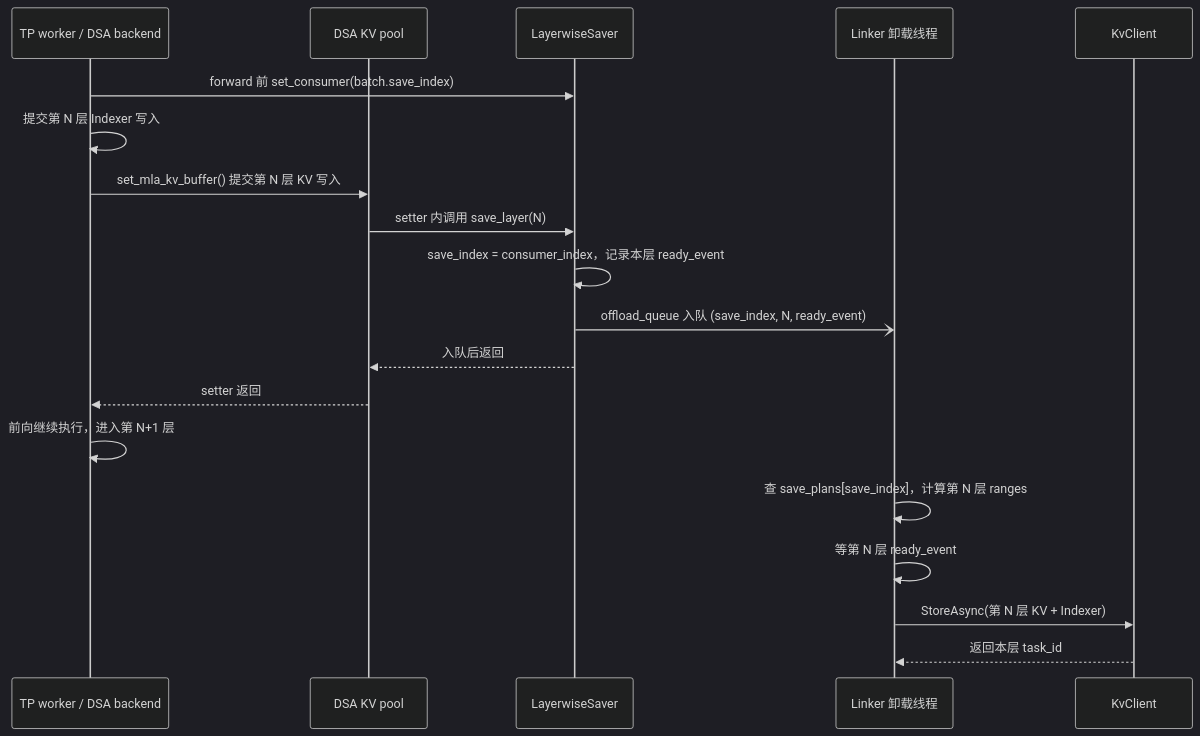
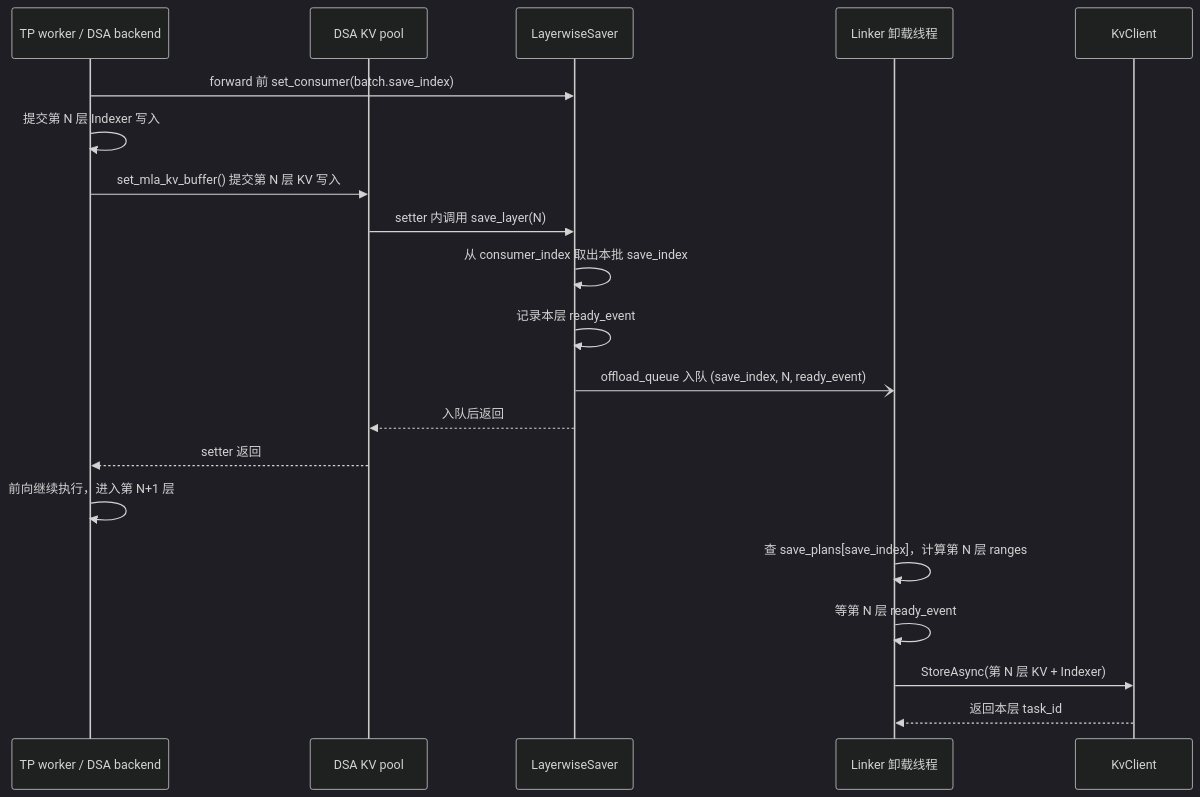
Before and after one commit to yuanzhg078/sglang: diagram 21 of 26 in kv_client_linker_backend_design.md, drawn with Mermaid (dark theme). The commit also changed other lines of this file and 1 other file, not shown here.

````diff
--- a/kv_client_linker_backend_design.md
+++ b/kv_client_linker_backend_design.md
@@ -1274,22 +1285,23 @@
 ```mermaid
 sequenceDiagram
     participant D as TP worker / DSA backend
     participant P as DSA KV pool
     participant S as LayerwiseSaver
     participant W as Linker 卸载线程
     participant K as KvClient
 
     D->>S: forward 前 set_consumer(batch.save_index)
     D->>D: 提交第 N 层 Indexer 写入
     D->>P: set_mla_kv_buffer() 提交第 N 层 KV 写入
     P->>S: setter 内调用 save_layer(N)
-    S->>S: save_index = consumer_index，记录本层 ready_event
+    S->>S: 从 consumer_index 取出本批 save_index
+    S->>S: 记录本层 ready_event
     S-)W: offload_queue 入队 (save_index, N, ready_event)
     S-->>P: 入队后返回
     P-->>D: setter 返回
     D->>D: 前向继续执行，进入第 N+1 层
     W->>W: 查 save_plans[save_index]，计算第 N 层 ranges
     W->>W: 等第 N 层 ready_event
     W->>K: StoreAsync(第 N 层 KV + Indexer)
     K-->>W: 返回本层 task_id
 ```
````
